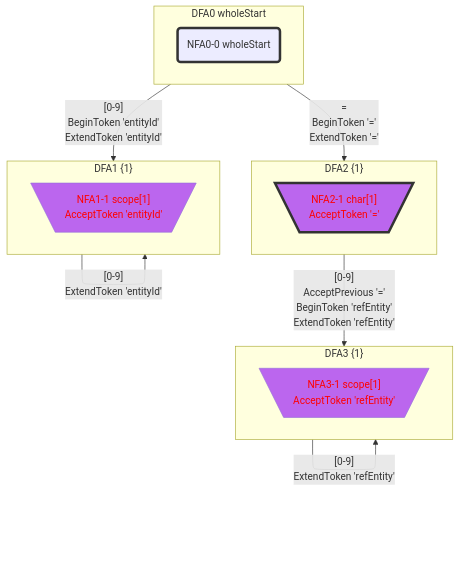
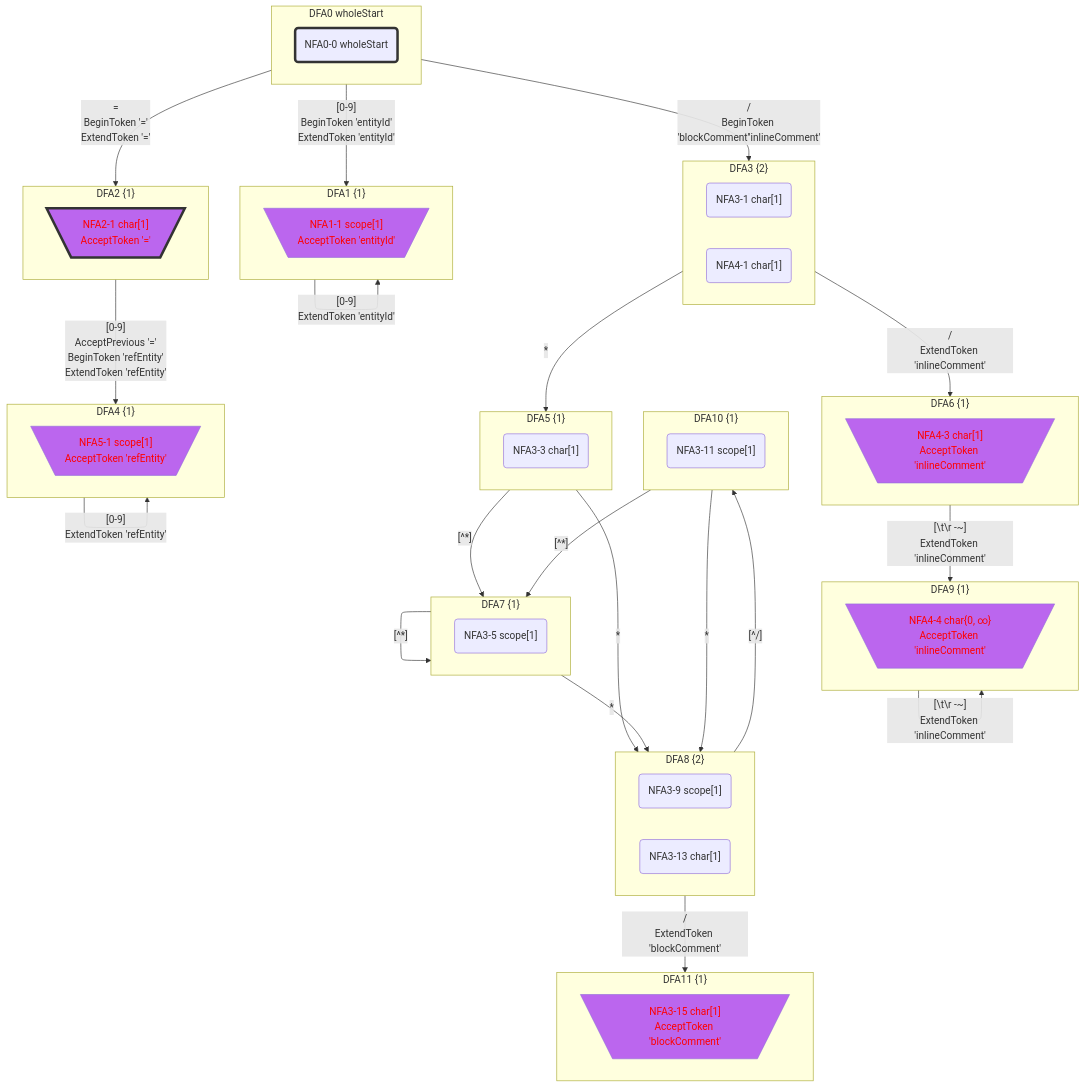
The fourth of 7 diagrams in Practices/Practice.GeneratedXxxFormat.Test/GeneratedPrefix/doc/LexicalStates.gen.md (bitzhuwei/GrammarMentor), drawn with Mermaid before and after one commit. The commit also changed other lines of this file and 3868 other files, not shown here.

````diff
--- a/Practices/Practice.GeneratedXxxFormat.Test/GeneratedPrefix/doc/LexicalStates.gen.md
+++ b/Practices/Practice.GeneratedXxxFormat.Test/GeneratedPrefix/doc/LexicalStates.gen.md
@@ -342,41 +647,94 @@
 classDef c1101 stroke:#333,stroke-width:4px,fill:#BB66EE,color:#FF0000;
 classDef c1110 stroke:#333,stroke-width:4px,fill:#BB66EE,stroke-dasharray: 10 10;
 classDef c1111 stroke:#333,stroke-width:4px,fill:#BB66EE,stroke-dasharray: 10 10,color:#FF0000;
-subgraph DFA0_1011348769["DFA0 wholeStart"]
-NFA0_0_14037739_0("NFA0-0 wholeStart")
-class NFA0_0_14037739_0 c1000;
+subgraph DFA0_-1247633812["DFA0 wholeStart"]
+NFA0_0_15842189_0("NFA0-0 wholeStart")
+class NFA0_0_15842189_0 c1000;
 end
-class DFA0_1011348769 c1000;
-subgraph DFA1_1532792217["DFA1 {1}"]
-NFA1_1_46298991_1[\"NFA1-1 scope[1]
+class DFA0_-1247633812 c1000;
+subgraph DFA1_1778675542["DFA1 {1}"]
+NFA1_1_24129864_1[\"NFA1-1 scope[1]
 AcceptToken 'entityId'"/]
-class NFA1_1_46298991_1 c0101;
+class NFA1_1_24129864_1 c0101;
 end
-class DFA1_1532792217 c0101;
-subgraph DFA2_-348809668["DFA2 {1}"]
-NFA2_1_59230791_2[\"NFA2-1 char[1]
+class DFA1_1778675542 c0101;
+subgraph DFA2_1260656262["DFA2 {1}"]
+NFA2_1_8361976_2[\"NFA2-1 char[1]
 AcceptToken '='"/]
-class NFA2_1_59230791_2 c1101;
+class NFA2_1_8361976_2 c1101;
 end
-class DFA2_-348809668 c1101;
-subgraph DFA3_1100400324["DFA3 {1}"]
-NFA3_1_63315076_3[\"NFA3-1 scope[1]
+class DFA2_1260656262 c1101;
+subgraph DFA3_-1481152672["DFA3 {2}"]
+NFA3_1_8148922_3("NFA3-1 char[1]")
+NFA4_1_6231436_4("NFA4-1 char[1]")
+end
+subgraph DFA4_1905852967["DFA4 {1}"]
+NFA5_1_56082927_5[\"NFA5-1 scope[1]
 AcceptToken 'refEntity'"/]
-class NFA3_1_63315076_3 c0101;
+class NFA5_1_56082927_5 c0101;
 end
-class DFA3_1100400324 c0101;
-DFA0_1011348769 -->|"[0-9]
+class DFA4_1905852967 c0101;
+subgraph DFA5_-8675653["DFA5 {1}"]
+NFA3_3_46423253_6("NFA3-3 char[1]")
+end
+subgraph DFA6_-512962250["DFA6 {1}"]
+NFA4_3_34984301_7[\"NFA4-3 char[1]
+AcceptToken 'inlineComment'"/]
+class NFA4_3_34984301_7 c0101;
+end
+class DFA6_-512962250 c0101;
+subgraph DFA7_157542378["DFA7 {1}"]
+NFA3_5_2187155_8("NFA3-5 scope[1]")
+end
+subgraph DFA8_-271251562["DFA8 {2}"]
+NFA3_9_15156098_9("NFA3-9 scope[1]")
+NFA3_13_19684403_10("NFA3-13 char[1]")
+end
+subgraph DFA9_-1647430205["DFA9 {1}"]
+NFA4_4_42941906_11[\"NFA4-4 char{0, ∞}
+AcceptToken 'inlineComment'"/]
+class NFA4_4_42941906_11 c0101;
+end
+class DFA9_-1647430205 c0101;
+subgraph DFA10_-1871932841["DFA10 {1}"]
+NFA3_11_55742394_12("NFA3-11 scope[1]")
+end
+subgraph DFA11_1927963297["DFA11 {1}"]
+NFA3_15_50932842_13[\"NFA3-15 char[1]
+AcceptToken 'blockComment'"/]
+class NFA3_15_50932842_13 c0101;
+end
+class DFA11_1927963297 c0101;
+DFA0_-1247633812 -->|"[0-9]
 BeginToken 'entityId'
-ExtendToken 'entityId'"|DFA1_1532792217
-DFA0_1011348769 -->|"=
+ExtendToken 'entityId'"|DFA1_1778675542
+DFA0_-1247633812 -->|"=
 BeginToken '='
-ExtendToken '='"|DFA2_-348809668
-DFA1_1532792217 -->|"[0-9]
-ExtendToken 'entityId'"|DFA1_1532792217
-DFA2_-348809668 -->|"[0-9]
+ExtendToken '='"|DFA2_1260656262
+DFA0_-1247633812 -->|"/
+BeginToken 'blockComment''inlineComment'"|DFA3_-1481152672
+DFA1_1778675542 -->|"[0-9]
+ExtendToken 'entityId'"|DFA1_1778675542
+DFA2_1260656262 -->|"[0-9]
 AcceptPrevious '='
 BeginToken 'refEntity'
-ExtendToken 'refEntity'"|DFA3_1100400324
-DFA3_1100400324 -->|"[0-9]
-ExtendToken 'refEntity'"|DFA3_1100400324
+ExtendToken 'refEntity'"|DFA4_1905852967
+DFA3_-1481152672 -->|"*"|DFA5_-8675653
+DFA3_-1481152672 -->|"/
+ExtendToken 'inlineComment'"|DFA6_-512962250
+DFA4_1905852967 -->|"[0-9]
+ExtendToken 'refEntity'"|DFA4_1905852967
+DFA5_-8675653 -->|"[^*]"|DFA7_157542378
+DFA5_-8675653 -->|"*"|DFA8_-271251562
+DFA6_-512962250 -->|"[#92;t#92;r#32;-~]
+ExtendToken 'inlineComment'"|DFA9_-1647430205
+DFA7_157542378 -->|"[^*]"|DFA7_157542378
+DFA7_157542378 -->|"*"|DFA8_-271251562
+DFA8_-271251562 -->|"[^/]"|DFA10_-1871932841
+DFA8_-271251562 -->|"/
+ExtendToken 'blockComment'"|DFA11_1927963297
+DFA9_-1647430205 -->|"[#92;t#92;r#32;-~]
+ExtendToken 'inlineComment'"|DFA9_-1647430205
+DFA10_-1871932841 -->|"[^*]"|DFA7_157542378
+DFA10_-1871932841 -->|"*"|DFA8_-271251562
 ```
````
